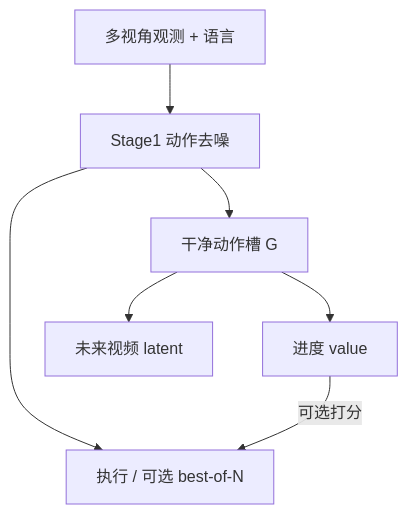
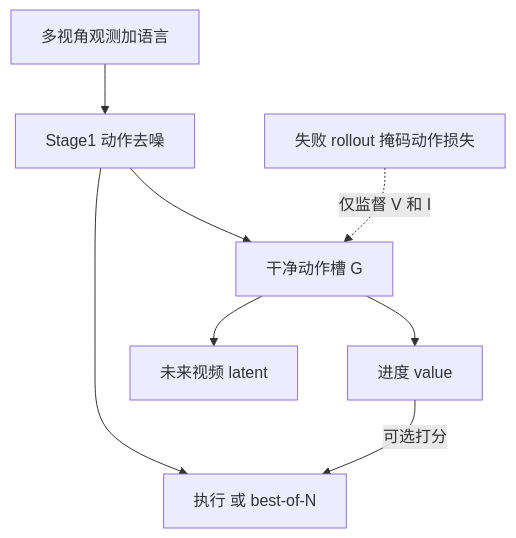
Before and after one commit to ImChong/Robotics_Notebooks: the first of 2 diagrams in wiki/entities/paper-fact.md, drawn with Mermaid. The commit also changed other lines of this file and 196 other files, not shown here.

````diff
--- a/wiki/entities/paper-fact.md
+++ b/wiki/entities/paper-fact.md
@@ -88,14 +83,16 @@
 ```mermaid
 flowchart TB
-  O[多视角观测 + 语言]
+  O[多视角观测加语言]
   A[Stage1 动作去噪]
   G[干净动作槽 G]
   V[进度 value]
   I[未来视频 latent]
-  EXEC[执行 / 可选 best-of-N]
+  EXEC[执行 或 best-of-N]
+  F[失败 rollout 掩码动作损失]
   O --> A --> G
   G --> V
   G --> I
   A --> EXEC
   V -->|可选打分| EXEC
+  F -.->|仅监督 V 和 I| G
 ```
````
